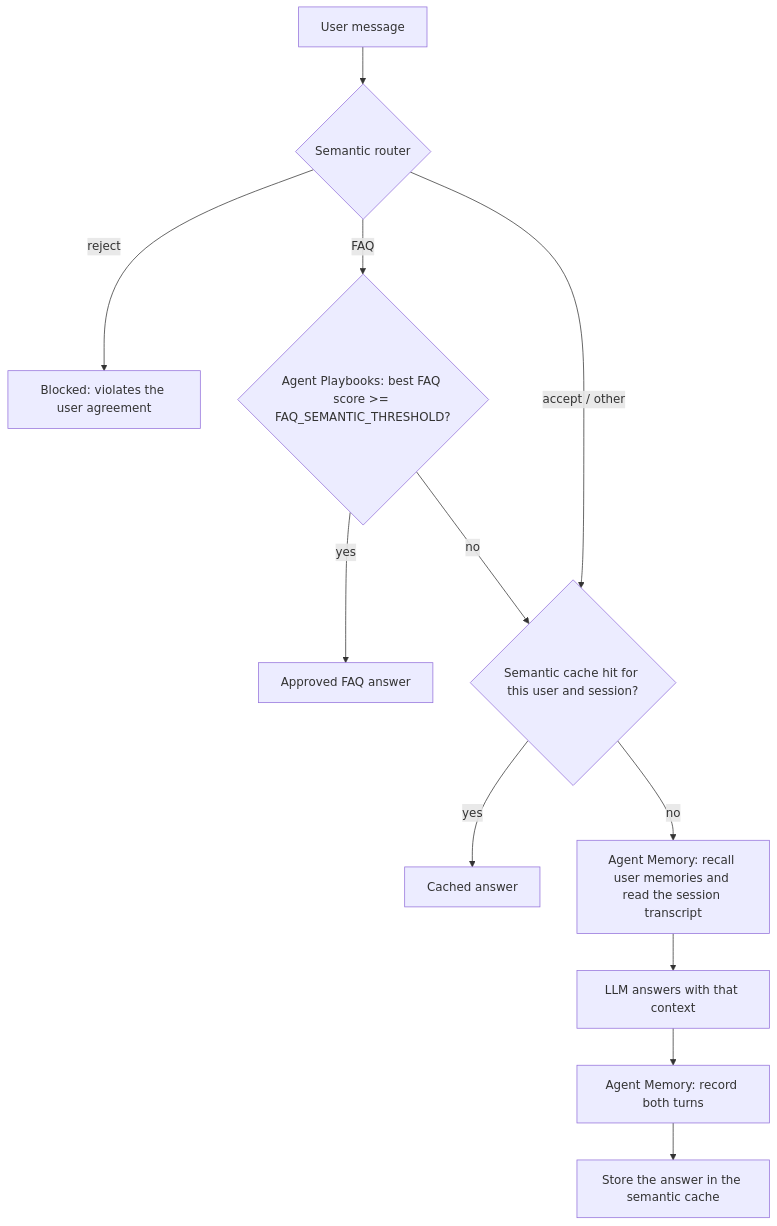
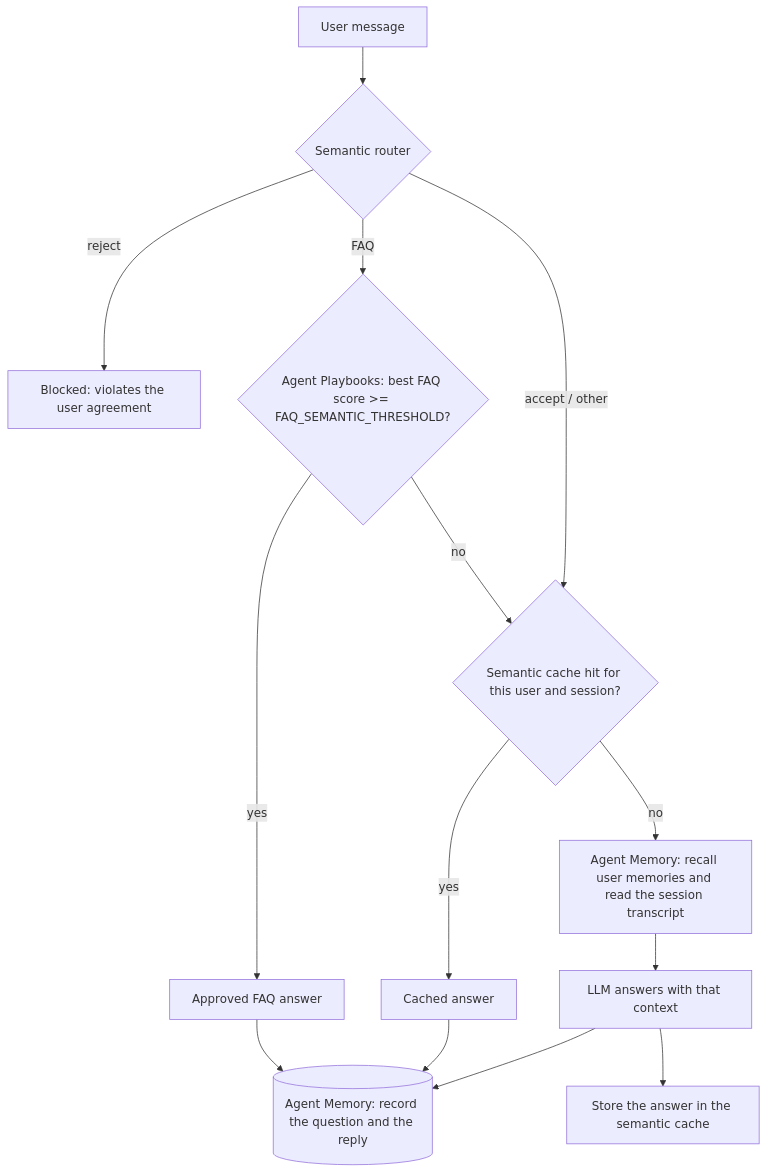
One commit to Redislabs-Solution-Architects/jsd-redis-iris changed the diagram in README.md. Above: the diagram before and after it, drawn with Mermaid. The commit also changed other lines of this file and 3 other files, not shown here.

````diff
--- a/README.md
+++ b/README.md
@@ -16,14 +16,16 @@
 ```mermaid
 flowchart TD
     A[User message] --> B{Semantic router}
     B -- reject --> R[Blocked: violates the user agreement]
     B -- FAQ --> C{Agent Playbooks: best FAQ score >= FAQ_SEMANTIC_THRESHOLD?}
     C -- yes --> F[Approved FAQ answer]
     C -- no --> D
     B -- accept / other --> D{Semantic cache hit for this user and session?}
     D -- yes --> H[Cached answer]
     D -- no --> E[Agent Memory: recall user memories and read the session transcript]
     E --> G[LLM answers with that context]
-    G --> I[Agent Memory: record both turns]
-    I --> J[Store the answer in the semantic cache]
+    G --> J[Store the answer in the semantic cache]
+    F --> M[(Agent Memory: record the question and the reply)]
+    H --> M
+    G --> M
 ```
````
